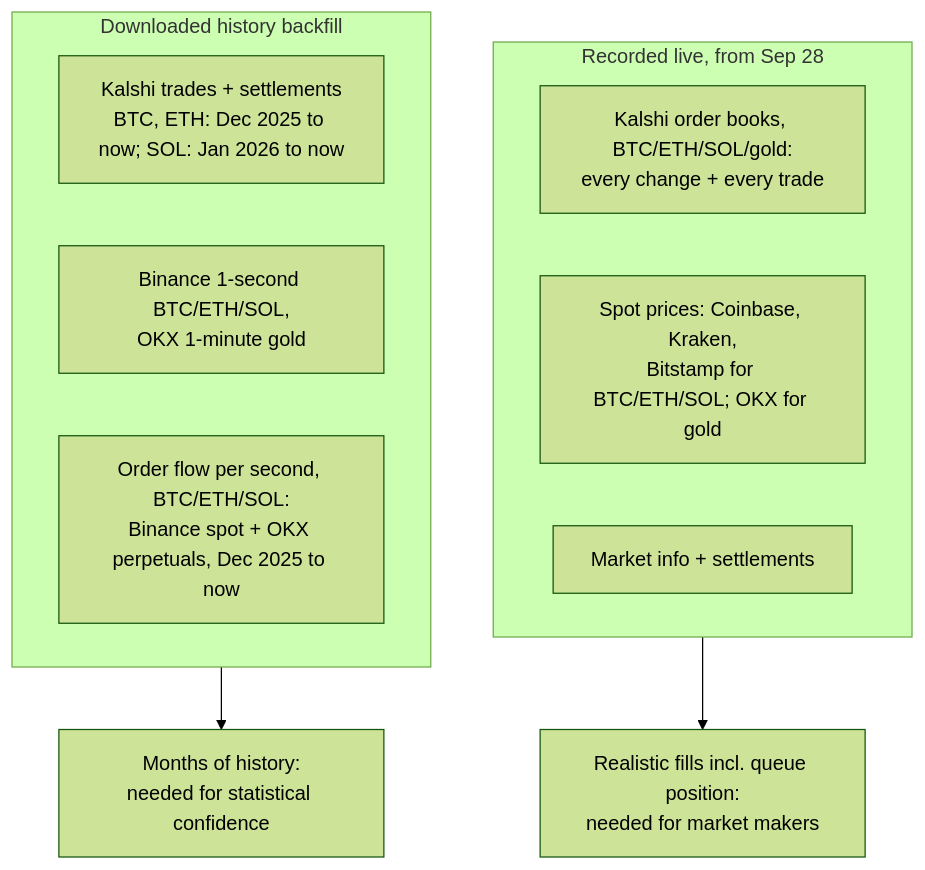
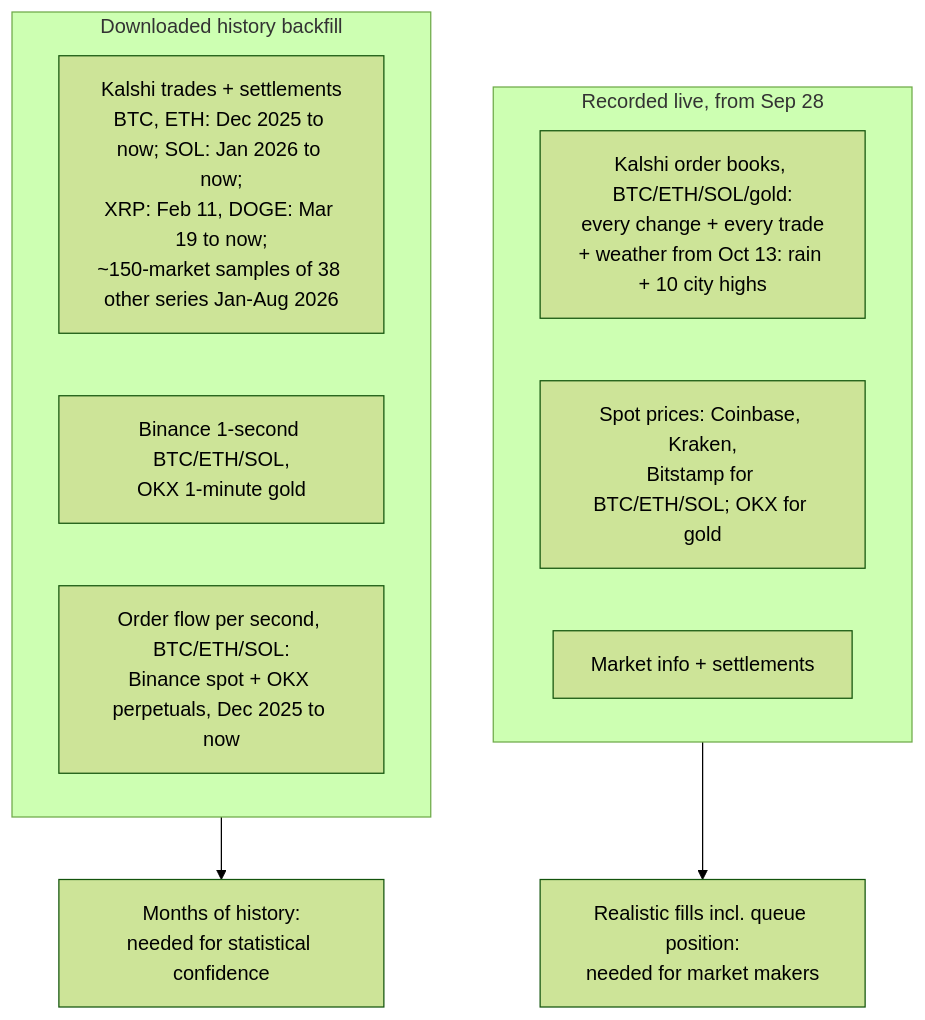
The second of 6 diagrams in SYSTEM.md (RishabKalluri/kalshi-lab), drawn with Mermaid (forest theme) before and after one commit. The commit also changed other lines of this file, not shown here.

Commit message:
SYSTEM.md: trading/research server/S3 split, weather recording, XRP/DOGE, category survey, VolFavorite live at $1k

````diff
--- a/SYSTEM.md
+++ b/SYSTEM.md
@@ -63,15 +65,15 @@
 ```mermaid
 flowchart TB
     subgraph LIVE[Recorded live, from Sep 28]
-        B[Kalshi order books, BTC/ETH/SOL/gold:<br/>every change + every trade]
+        B[Kalshi order books, BTC/ETH/SOL/gold:<br/>every change + every trade<br/>+ weather from Oct 13: rain + 10 city highs]
         S[Spot prices: Coinbase, Kraken,<br/>Bitstamp for BTC/ETH/SOL; OKX for gold]
         M[Market info + settlements]
     end
     subgraph PAST[Downloaded history backfill]
-        T[Kalshi trades + settlements<br/>BTC, ETH: Dec 2025 to now; SOL: Jan 2026 to now]
+        T[Kalshi trades + settlements<br/>BTC, ETH: Dec 2025 to now; SOL: Jan 2026 to now;<br/>XRP: Feb 11, DOGE: Mar 19 to now;<br/>~150-market samples of 38 other series Jan-Aug 2026]
         P[Binance 1-second BTC/ETH/SOL,<br/>OKX 1-minute gold]
         F[Order flow per second, BTC/ETH/SOL:<br/>Binance spot + OKX perpetuals, Dec 2025 to now]
     end
     LIVE --> R1[Realistic fills incl. queue position:<br/>needed for market makers]
     PAST --> R2[Months of history:<br/>needed for statistical confidence]
 ```
````
